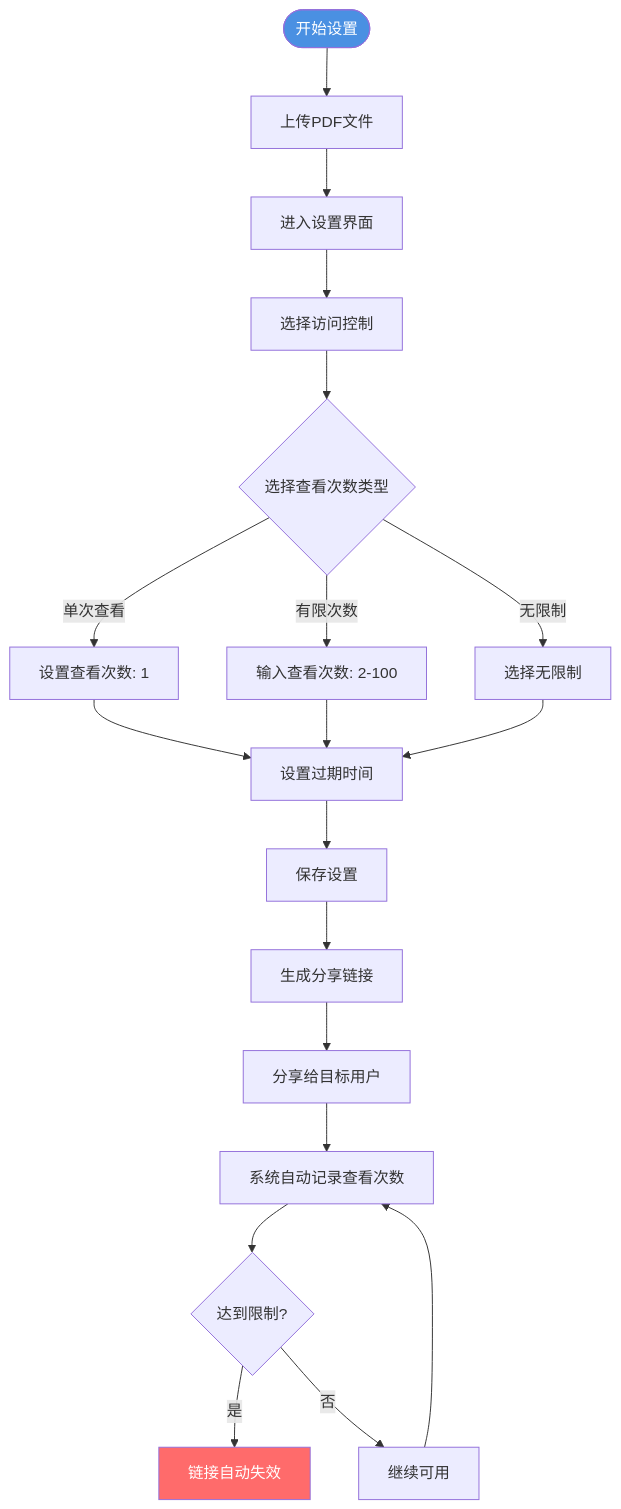
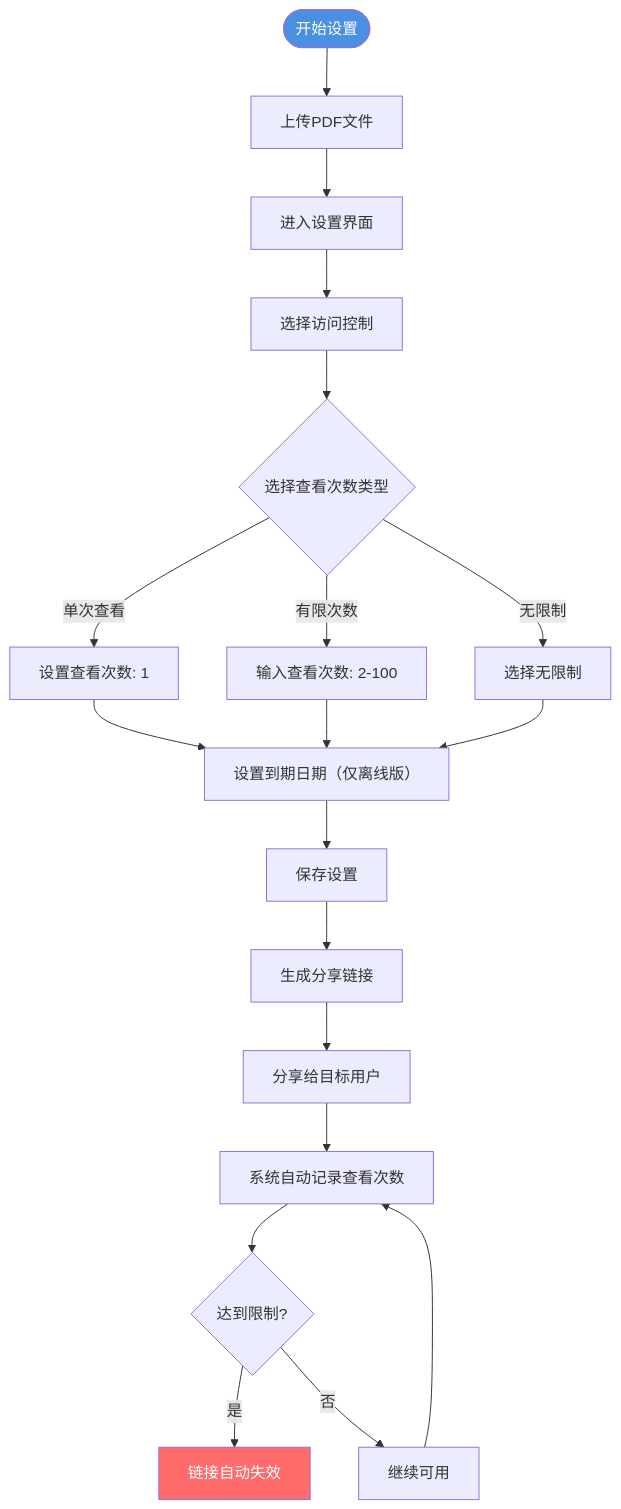
One commit to mythenigma/cloudflareAstro changed the third of 5 diagrams in src/content/blog/cn/pdf-set-view-count-limit-guide.md. Above: the diagram before and after it, drawn with Mermaid. The commit also changed other lines of this file and 127 other files, not shown here.

````diff
--- a/src/content/blog/cn/pdf-set-view-count-limit-guide.md
+++ b/src/content/blog/cn/pdf-set-view-count-limit-guide.md
@@ -135,24 +137,24 @@
 ```mermaid
 flowchart TD
     Start([开始设置]) --> A[上传PDF文件]
     A --> B[进入设置界面]
     B --> C[选择访问控制]
     C --> D{选择查看次数类型}
     D -->|单次查看| E[设置查看次数: 1]
     D -->|有限次数| F[输入查看次数: 2-100]
     D -->|无限制| G[选择无限制]
-    E --> H[设置过期时间]
+    E --> H[设置到期日期（仅离线版）]
     F --> H
     G --> H
     H --> I[保存设置]
     I --> J[生成分享链接]
     J --> K[分享给目标用户]
     K --> L[系统自动记录查看次数]
     L --> M{达到限制?}
     M -->|是| N[链接自动失效]
     M -->|否| O[继续可用]
     O --> L
     
     style Start fill:#4A90E2,color:#fff
     style N fill:#FF6B6B,color:#fff
 ```
````
